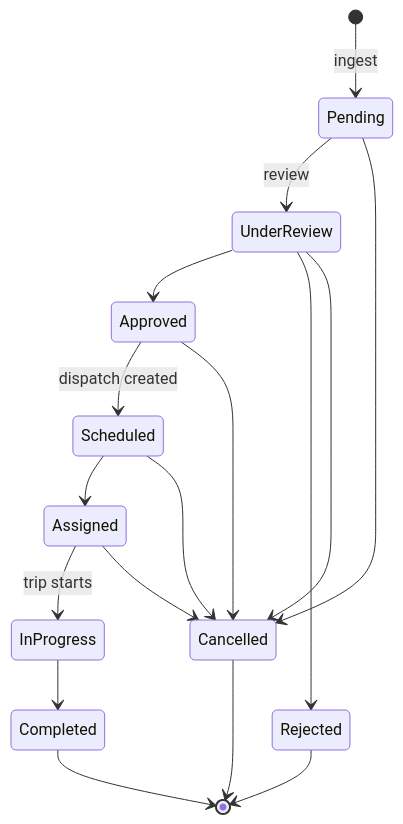
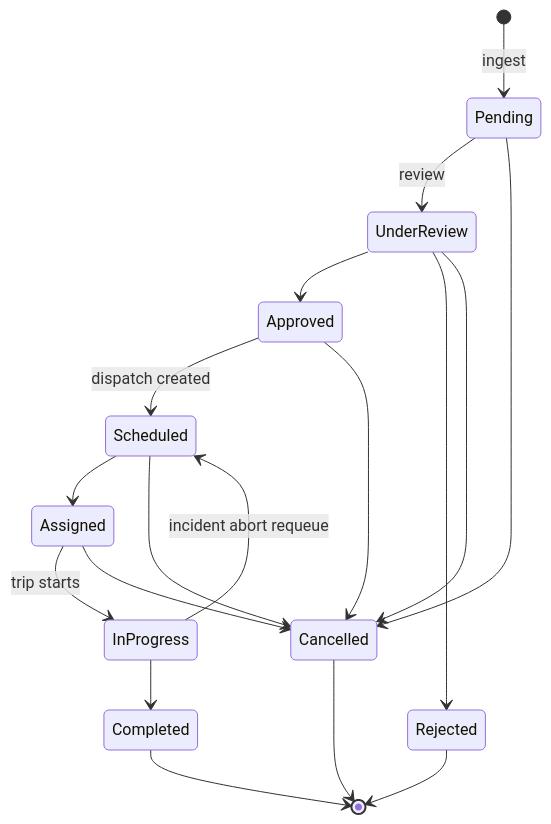
The diagram in Capstone/02 - Features/Reservations.md (ro-mee/fleet-transpo), drawn with Mermaid before and after one commit. The commit also changed other lines of this file and 13 other files, not shown here.

First line of the commit message:
docs: record the calendar default, incident requeue, restaurant seed and mobile hardening

````diff
--- a/Capstone/02 - Features/Reservations.md
+++ b/Capstone/02 - Features/Reservations.md
@@ -39,19 +39,20 @@
 ```mermaid
 stateDiagram-v2
     [*] --> Pending: ingest
     Pending --> UnderReview: review
     Pending --> Cancelled
     UnderReview --> Approved
     UnderReview --> Rejected
     UnderReview --> Cancelled
     Approved --> Scheduled: dispatch created
     Approved --> Cancelled
     Scheduled --> Assigned
     Scheduled --> Cancelled
     Assigned --> InProgress: trip starts
     Assigned --> Cancelled
     InProgress --> Completed
+    InProgress --> Scheduled: incident abort requeue
     Rejected --> [*]
     Completed --> [*]
     Cancelled --> [*]
 ```
````
